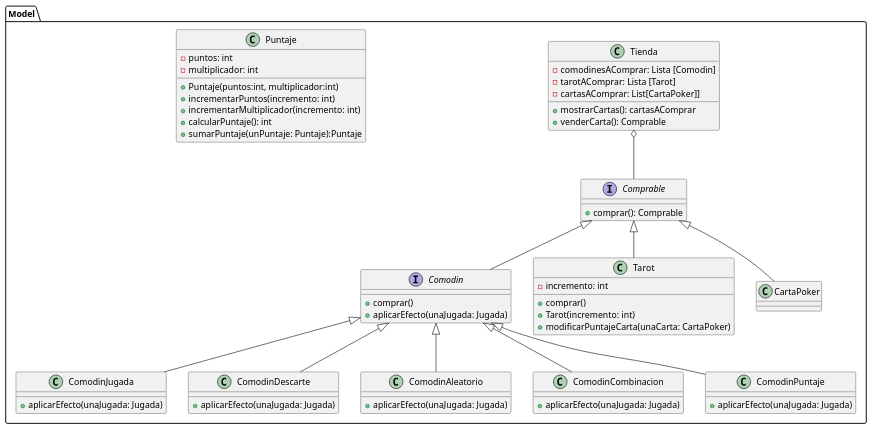
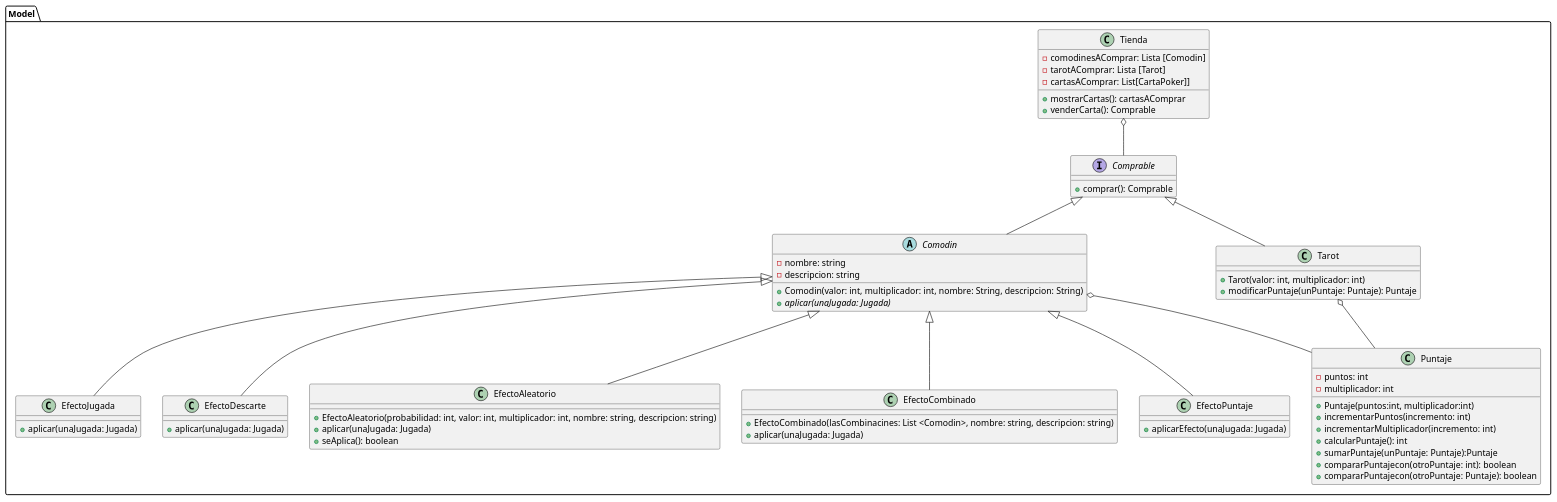
Before and after one commit to carruizdiaz1109/UBAlatro: the diagram in diagrams/classes/clasesBalatro3.puml, drawn with PlantUML. The commit also changed 2 other files, not shown here.

Commit message:
Actualizo diagrama de clases3

```diff
--- a/diagrams/classes/clasesBalatro3.puml
+++ b/diagrams/classes/clasesBalatro3.puml
@@ -1,66 +1,77 @@
 @startuml
 
 package Model {
 
 class Tienda {
     - comodinesAComprar: Lista [Comodin]
     - tarotAComprar: Lista [Tarot]
     - cartasAComprar: List[CartaPoker]]
     + mostrarCartas(): cartasAComprar
     + venderCarta(): Comprable
 }
 
 interface Comprable {
     + comprar(): Comprable
 }
 
-interface Comodin {
-    + comprar()
-    + aplicarEfecto(unaJugada: Jugada)
+abstract class Comodin {
+    - nombre: string
+    - descripcion: string
+
+    + Comodin(valor: int, multiplicador: int, nombre: String, descripcion: String)
+    + {abstract}aplicar(unaJugada: Jugada)
 }
 
-class ComodinJugada {
-    + aplicarEfecto(unaJugada: Jugada)
+class EfectoJugada {
+    + aplicar(unaJugada: Jugada)
 }
-class ComodinDescarte {
-    + aplicarEfecto(unaJugada: Jugada)
+class EfectoDescarte {
+    + aplicar(unaJugada: Jugada)
 }
-class ComodinAleatorio{
-    + aplicarEfecto(unaJugada: Jugada)
+class EfectoAleatorio{
+    + EfectoAleatorio(probabilidad: int, valor: int, multiplicador: int, nombre: string, descripcion: string)
+    + aplicar(unaJugada: Jugada)
+    +seAplica(): boolean
 }
-class ComodinCombinacion{
-    + aplicarEfecto(unaJugada: Jugada)
+class EfectoCombinado{
+    + EfectoCombinado(lasCombinacines: List <Comodin>, nombre: string, descripcion: string)
+    + aplicar(unaJugada: Jugada)
 }
-class ComodinPuntaje{
+class EfectoPuntaje{
     + aplicarEfecto(unaJugada: Jugada)
 }
 
 class Tarot {
-    - incremento: int
-    + comprar()
-    + Tarot(incremento: int)
-    +modificarPuntajeCarta(unaCarta: CartaPoker)
+
+    + Tarot(valor: int, multiplicador: int)
+    + modificarPuntaje(unPuntaje: Puntaje): Puntaje
 }
 
 class Puntaje {
     - puntos: int
     - multiplicador: int
+
     + Puntaje(puntos:int, multiplicador:int)
     + incrementarPuntos(incremento: int)
     + incrementarMultiplicador(incremento: int)
     + calcularPuntaje(): int
     + sumarPuntaje(unPuntaje: Puntaje):Puntaje
+    + compararPuntajecon(otroPuntaje: int): boolean
+    + compararPuntajecon(otroPuntaje: Puntaje): boolean
 }
 
 
 Tienda o-- Comprable
 Comodin -up-|> Comprable
-CartaPoker -up-|> Comprable
 Tarot -up-|> Comprable
-ComodinJugada -up-|> Comodin
-ComodinDescarte -up-|> Comodin
-ComodinAleatorio -up-|> Comodin
-ComodinCombinacion -up-|> Comodin
-ComodinPuntaje -up-|> Comodin
+EfectoJugada -up-|> Comodin
+EfectoDescarte -up-|> Comodin
+EfectoAleatorio -up-|> Comodin
+EfectoCombinado -up-|> Comodin
+EfectoPuntaje -up-|> Comodin
+
+
+Comodin o-- Puntaje
+Tarot o-- Puntaje
 }
 @enduml
```
